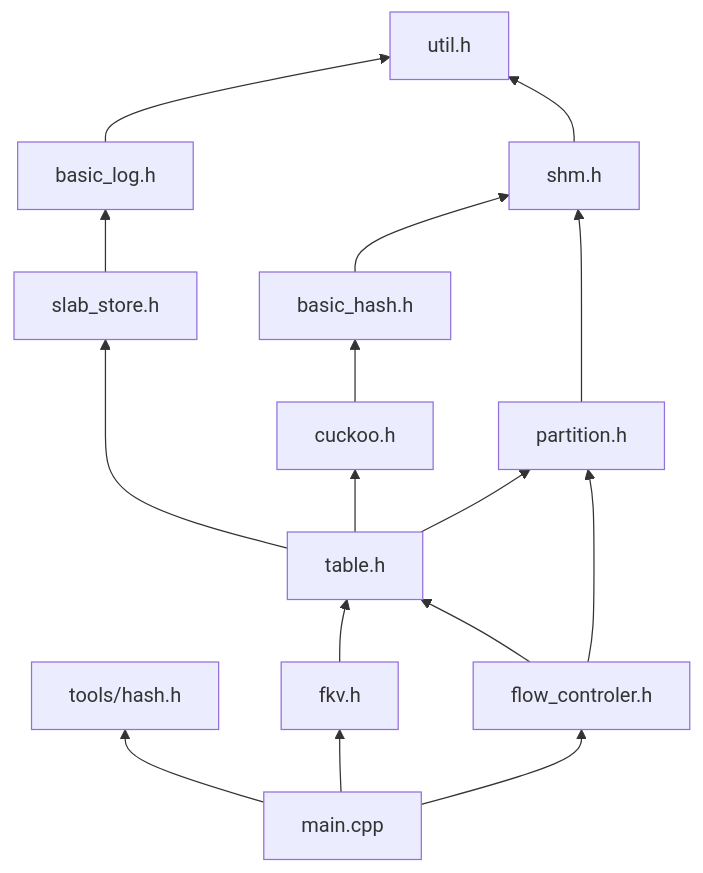
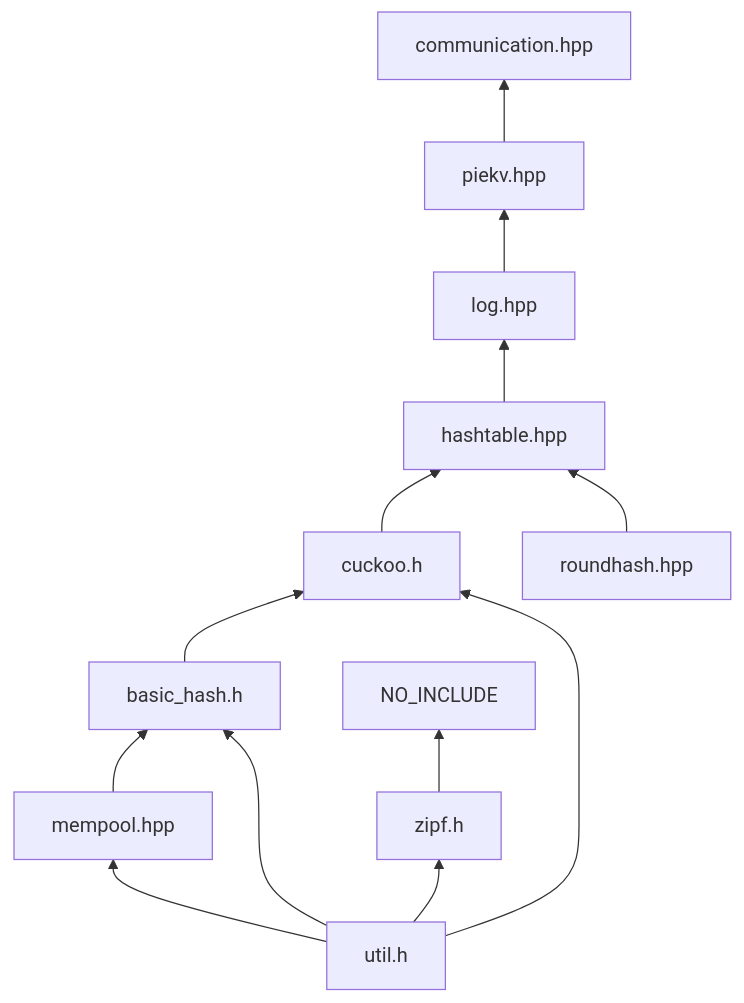
One commit to JuvenileFir/FlexibieKV changed the second of 2 diagrams in README.md. Above: the diagram before and after it, drawn with Mermaid. The commit also changed other lines of this file, not shown here.

````diff
--- a/README.md
+++ b/README.md
@@ -134,18 +142,45 @@
 ```mermaid
 graph BT
-    main.cpp-->tools/hash.h
-    main.cpp-->fkv.h
-    main.cpp-->flow_controler.h
-    flow_controler.h-->table.h
-    flow_controler.h-->partition.h
-    fkv.h-->table.h
-    table.h-->slab_store.h
-    table.h-->cuckoo.h
-    table.h-->partition.h
-    slab_store.h-->basic_log.h
-    basic_log.h-->util.h
-    cuckoo.h-->basic_hash.h
-    basic_hash.h-->shm.h
-    partition.h-->shm.h
-    shm.h-->util.h
+	
+basic_hash.h --> cuckoo.h
+
+%%basic_hash.h --> bc>basic_hash.c]
+%%basic_hash.h --> hp>hashtable.cpp]
+
+%%communication.hpp --> cp>communication.cpp]
+%%communication.hpp --> mp>main.cpp]
+
+cuckoo.h --> hashtable.hpp
+
+%%cuckoo.h --> cc>cuckoo.c]
+
+hashtable.hpp --> log.hpp
+
+%%hashtable.hpp --> hp>hashtable.cpp]
+
+log.hpp --> piekv.hpp
+%%log.hpp --> mempool.hpp
+
+%%log.hpp --> lp>log.cpp]
+
+mempool.hpp --> basic_hash.h
+
+%%mempool.hpp --> mp>mempool.cpp]
+
+piekv.hpp --> communication.hpp
+
+%%piekv.hpp --> fp>flowing_controller.cpp]
+%%piekv.hpp --> op>operation.cpp]
+
+roundhash.hpp --> hashtable.hpp
+
+%%roundhash.hpp --> rp>roundhash.cpp]
+
+util.h --> zipf.h
+util.h --> cuckoo.h
+util.h --> basic_hash.h
+util.h --> mempool.hpp
+
+zipf.h --> NO_INCLUDE
+
 ```
````
